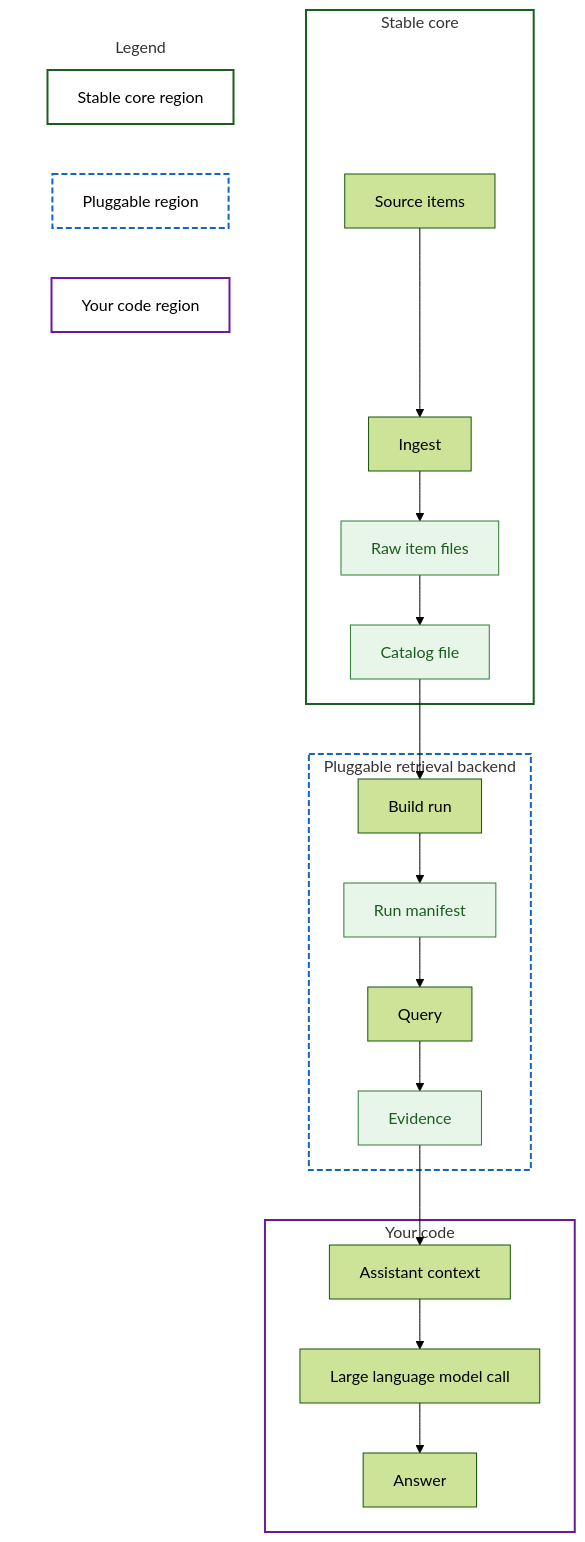
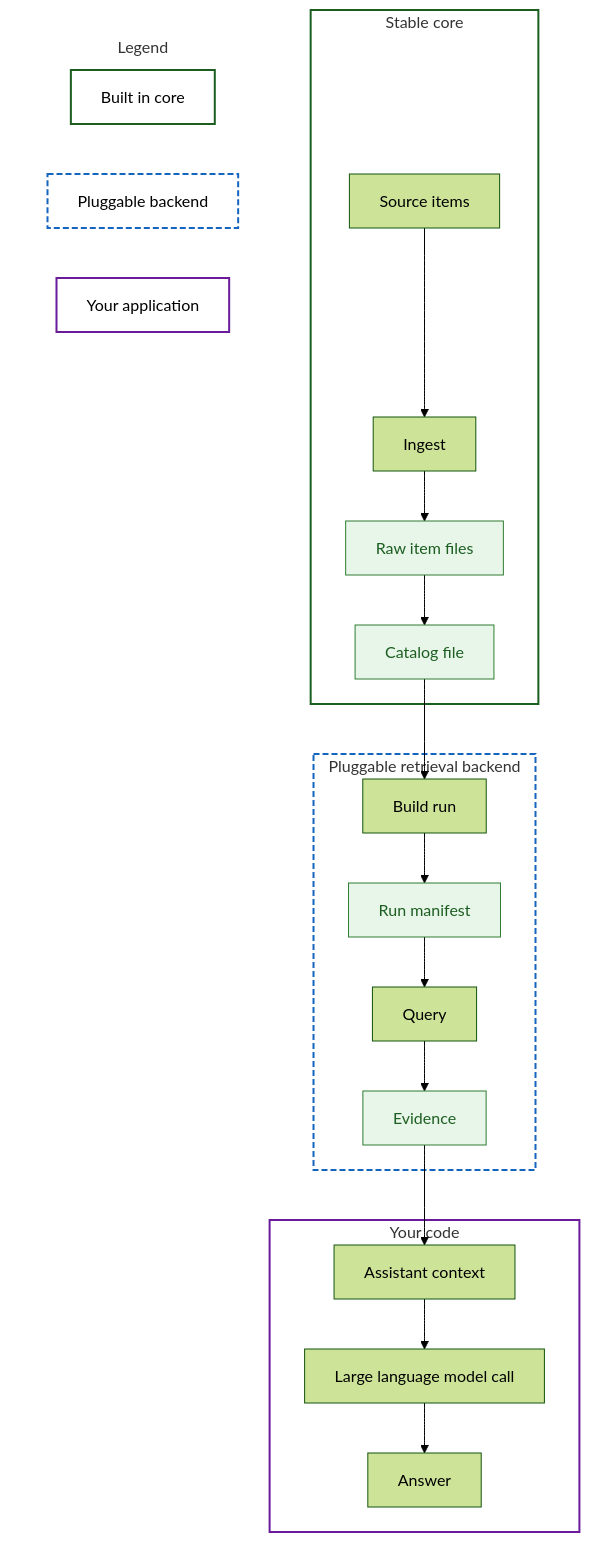
Before and after one commit to AnthusAI/Biblicus: the diagram in README.md, drawn with Mermaid (forest theme).

Commit message:
docs: improve diagram legend labels

````diff
--- a/README.md
+++ b/README.md
@@ -37,43 +37,43 @@
 ```mermaid
 %%{init: {"flowchart": {"useMaxWidth": true}}}%%
 flowchart TD
   subgraph StableCore[Stable core]
     Source[Source items] --> Ingest[Ingest]
     Ingest --> Raw[Raw item files]
     Raw --> Catalog[Catalog file]
   end
 
   subgraph PluggableRetrievalBackend[Pluggable retrieval backend]
     Build[Build run] --> Run[Run manifest]
     Run --> Query[Query]
     Query --> Evidence[Evidence]
   end
 
   Catalog --> Build
   Evidence --> Context
 
   subgraph YourCode[Your code]
     Context[Assistant context] --> Model[Large language model call]
     Model --> Answer[Answer]
   end
 
   style StableCore fill:#ffffff,stroke:#1b5e20,stroke-width:2px
   style PluggableRetrievalBackend fill:#ffffff,stroke:#1565c0,stroke-dasharray:6 3,stroke-width:2px
   style YourCode fill:#ffffff,stroke:#6a1b9a,stroke-width:2px
 
   style Raw fill:#e8f5e9,stroke:#2e7d32,color:#1b5e20
   style Catalog fill:#e8f5e9,stroke:#2e7d32,color:#1b5e20
   style Run fill:#e8f5e9,stroke:#2e7d32,color:#1b5e20
   style Evidence fill:#e8f5e9,stroke:#2e7d32,color:#1b5e20
 
   subgraph Legend[Legend]
-    LegendStable[Stable core region]
-    LegendPluggable[Pluggable region]
-    LegendYourCode[Your code region]
+    LegendStable[Built in core]
+    LegendPluggable[Pluggable backend]
+    LegendYourCode[Your application]
   end
 
   style Legend fill:#ffffff,stroke:#ffffff
   style LegendStable fill:#ffffff,stroke:#1b5e20,stroke-width:2px
   style LegendPluggable fill:#ffffff,stroke:#1565c0,stroke-dasharray:6 3,stroke-width:2px
   style LegendYourCode fill:#ffffff,stroke:#6a1b9a,stroke-width:2px
 ```
````
